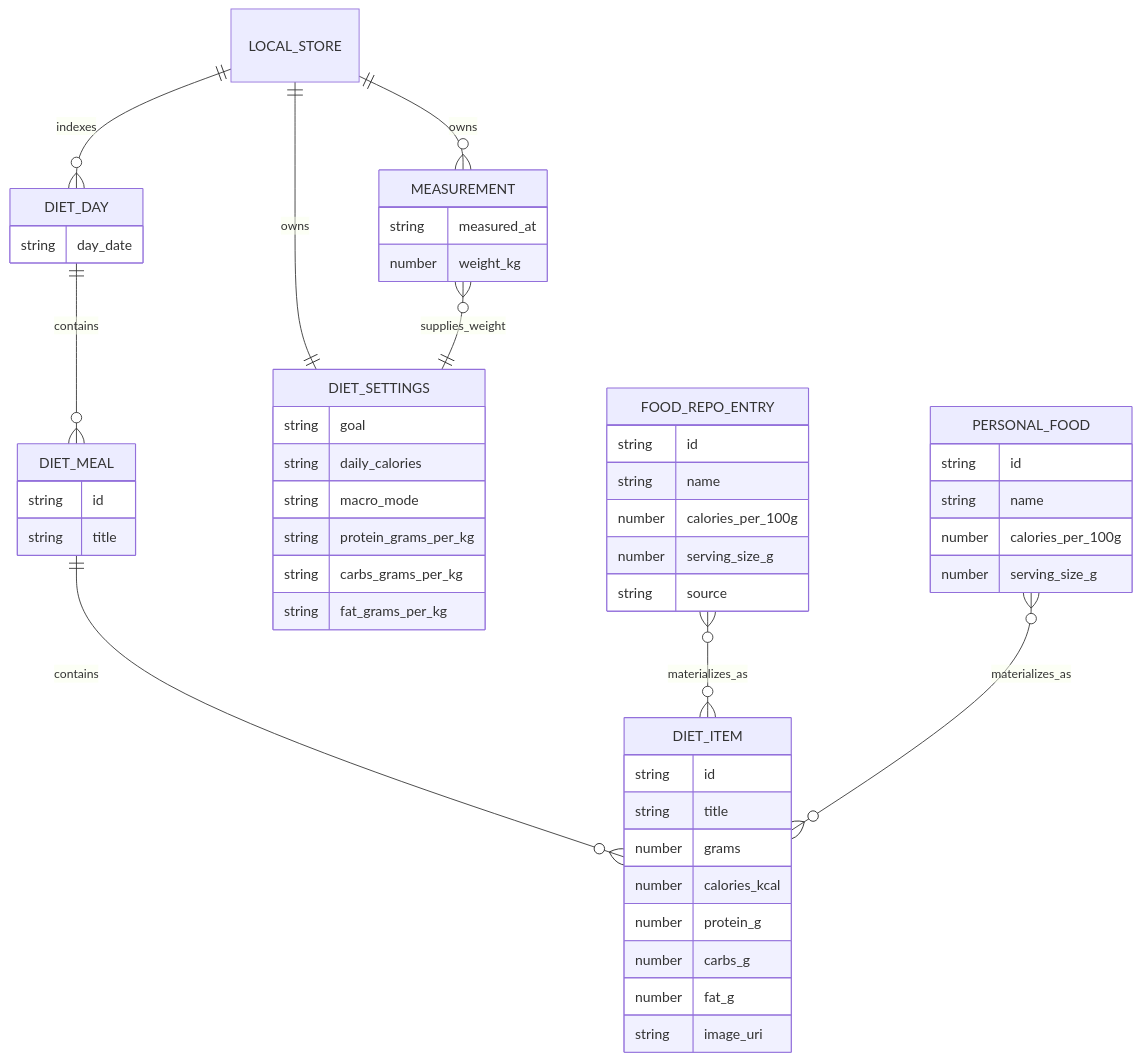
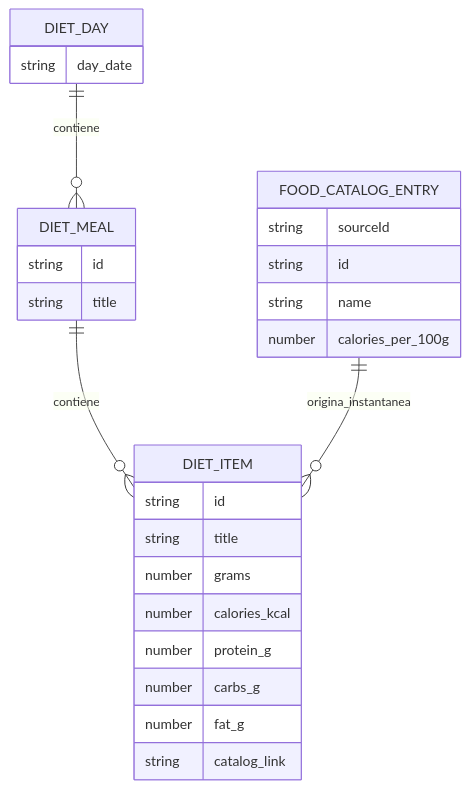
One commit to maximofn/gymnasia changed the first of 2 diagrams in openwiki/mobile/diet-and-food-estimation.md. Above: the diagram before and after it, drawn with Mermaid. The commit also changed other lines of this file and 49 other files, not shown here.

````diff
--- a/openwiki/mobile/diet-and-food-estimation.md
+++ b/openwiki/mobile/diet-and-food-estimation.md
@@ -33,54 +57,30 @@
 ```mermaid
 erDiagram
-    LOCAL_STORE ||--o{ DIET_DAY : indexes
-    DIET_DAY ||--o{ DIET_MEAL : contains
-    DIET_MEAL ||--o{ DIET_ITEM : contains
-    LOCAL_STORE ||--|| DIET_SETTINGS : owns
-    LOCAL_STORE ||--o{ MEASUREMENT : owns
-    MEASUREMENT }o--|| DIET_SETTINGS : supplies_weight
-    FOOD_REPO_ENTRY }o--o{ DIET_ITEM : materializes_as
-    PERSONAL_FOOD }o--o{ DIET_ITEM : materializes_as
+    DIET_DAY ||--o{ DIET_MEAL : contiene
+    DIET_MEAL ||--o{ DIET_ITEM : contiene
+    FOOD_CATALOG_ENTRY ||--o{ DIET_ITEM : origina_instantanea
 
     DIET_DAY {
         string day_date
     }
     DIET_MEAL {
         string id
         string title
     }
     DIET_ITEM {
         string id
         string title
         number grams
         number calories_kcal
         number protein_g
         number carbs_g
         number fat_g
-        string image_uri
+        string catalog_link
     }
-    DIET_SETTINGS {
-        string goal
-        string daily_calories
-        string macro_mode
-        string protein_grams_per_kg
-        string carbs_grams_per_kg
-        string fat_grams_per_kg
-    }
-    MEASUREMENT {
-        string measured_at
-        number weight_kg
-    }
-    FOOD_REPO_ENTRY {
+    FOOD_CATALOG_ENTRY {
+        string sourceId
         string id
         string name
         number calories_per_100g
-        number serving_size_g
-        string source
-    }
-    PERSONAL_FOOD {
-        string id
-        string name
-        number calories_per_100g
-        number serving_size_g
     }
 ```
````
